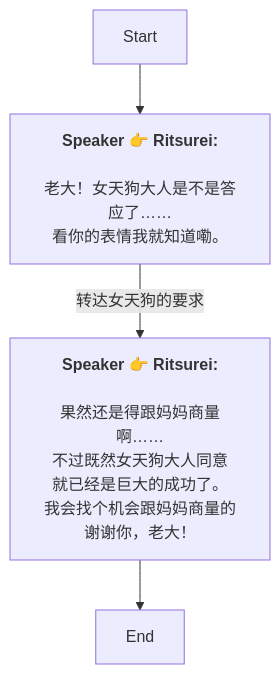
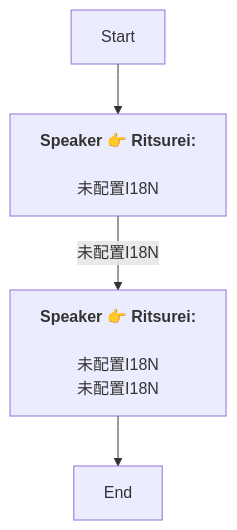
The diagram in Zh/QuestTalkObjectiveNode_1758367008380588.md (SoftHu/tos_avg), drawn with Mermaid before and after one commit. The commit also changed 730 other files, not shown here.

````diff
--- a/Zh/QuestTalkObjectiveNode_1758367008380588.md
+++ b/Zh/QuestTalkObjectiveNode_1758367008380588.md
@@ -1,13 +1,9 @@
 ```mermaid
 graph
 Start -->1758367218922159[<b>Speaker 👉 Ritsurei:</b>
-\n老大！女天狗大人是不是答应了……
-看你的表情我就知道嘞。]
-1758367218922159 -->|转达女天狗的要求|1758367257281203[<b>Speaker 👉 Ritsurei:</b>
-\n果然还是得跟妈妈商量啊……
-不过既然女天狗大人同意
-就已经是巨大的成功了。\n我会找个机会跟妈妈商量的
-谢谢你，老大！]
+\n未配置I18N]
+1758367218922159 -->|未配置I18N|1758367257281203[<b>Speaker 👉 Ritsurei:</b>
+\n未配置I18N\n未配置I18N]
 1758367257281203 -->1758367297307316[End]
 
 ```
````
